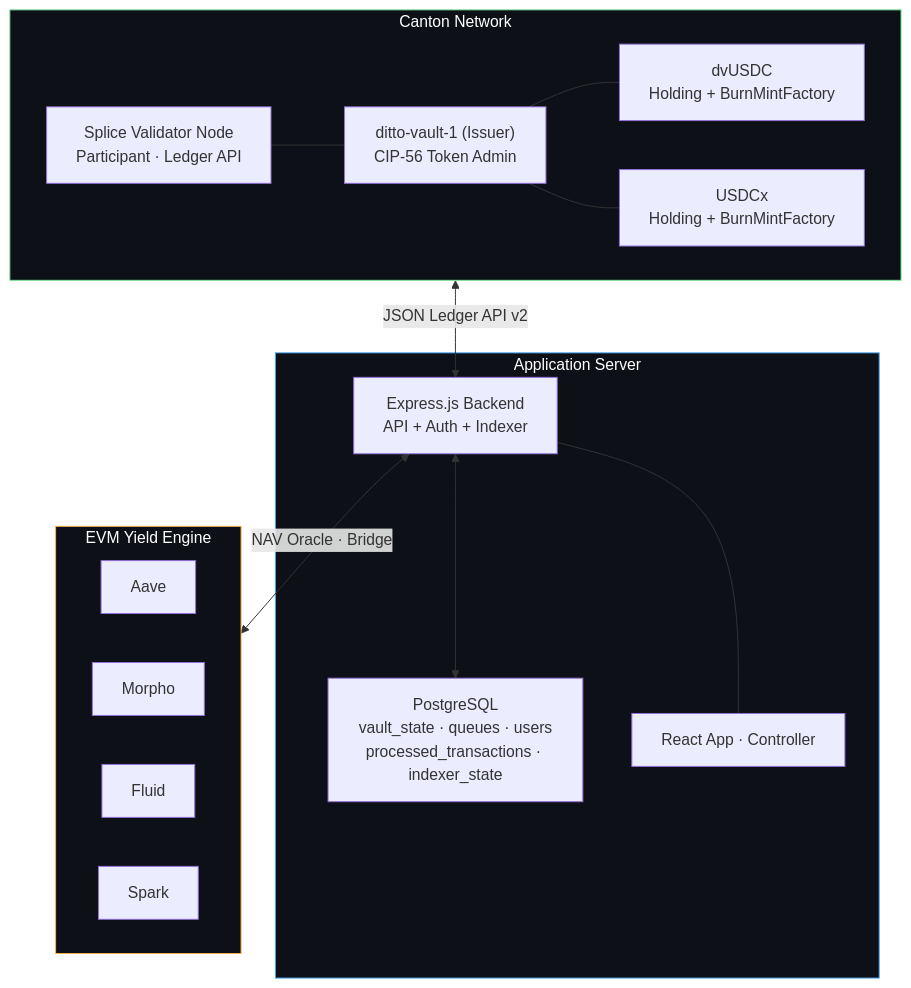
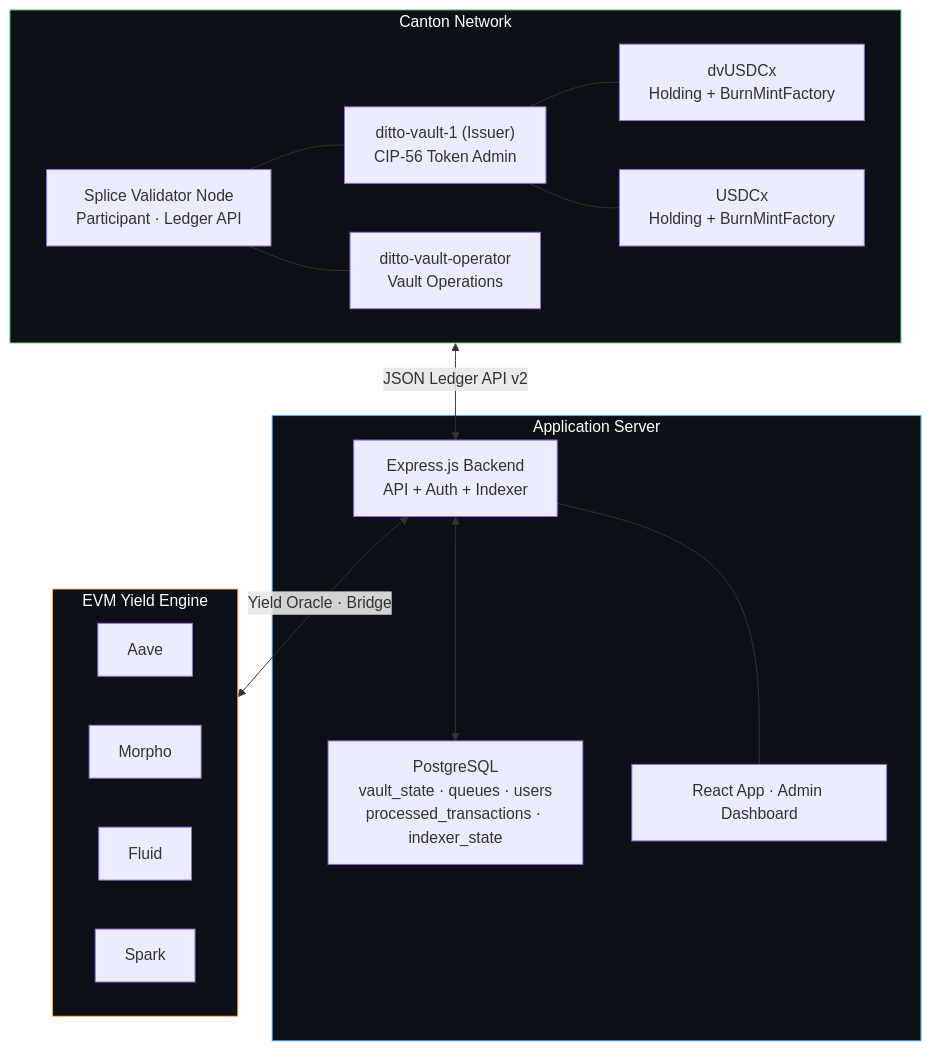
Before and after one commit to dittonetwork/ditto-ccvault: the first of 3 diagrams in README.md, drawn with Mermaid. The commit also changed other lines of this file and 1 other file, not shown here.

First line of the commit message:
Update public README to reflect V2 non-custodial architecture

````diff
--- a/README.md
+++ b/README.md
@@ -17,35 +17,37 @@
 ```mermaid
 flowchart TB
     subgraph Canton["Canton Network"]
         P["Splice Validator Node\nParticipant · Ledger API"]
         ISS["ditto-vault-1 (Issuer)\nCIP-56 Token Admin"]
-        DV["dvUSDC\nHolding + BurnMintFactory"]
+        OP["ditto-vault-operator\nVault Operations"]
+        DV["dvUSDCx\nHolding + BurnMintFactory"]
         UX["USDCx\nHolding + BurnMintFactory"]
         P --- ISS
+        P --- OP
         ISS --- DV
         ISS --- UX
     end
 
     subgraph App["Application Server"]
         BE["Express.js Backend\nAPI + Auth + Indexer"]
         DB["PostgreSQL\nvault_state · queues · users\nprocessed_transactions · indexer_state"]
-        UI["React App · Controller"]
+        UI["React App · Admin Dashboard"]
         BE <--> DB
         BE --- UI
     end
 
     subgraph EVM["EVM Yield Engine"]
         direction LR
         Aave
         Morpho
         Fluid
         Spark
     end
 
     Canton <-->|"JSON Ledger API v2"| BE
-    BE <-->|"NAV Oracle · Bridge"| EVM
+    BE <-->|"Yield Oracle · Bridge"| EVM
 
     style Canton fill:#0d1117,stroke:#7ae99d,color:#fff
     style App fill:#0d1117,stroke:#4dabf7,color:#fff
     style EVM fill:#0d1117,stroke:#ffb84d,color:#fff
 ```
````
